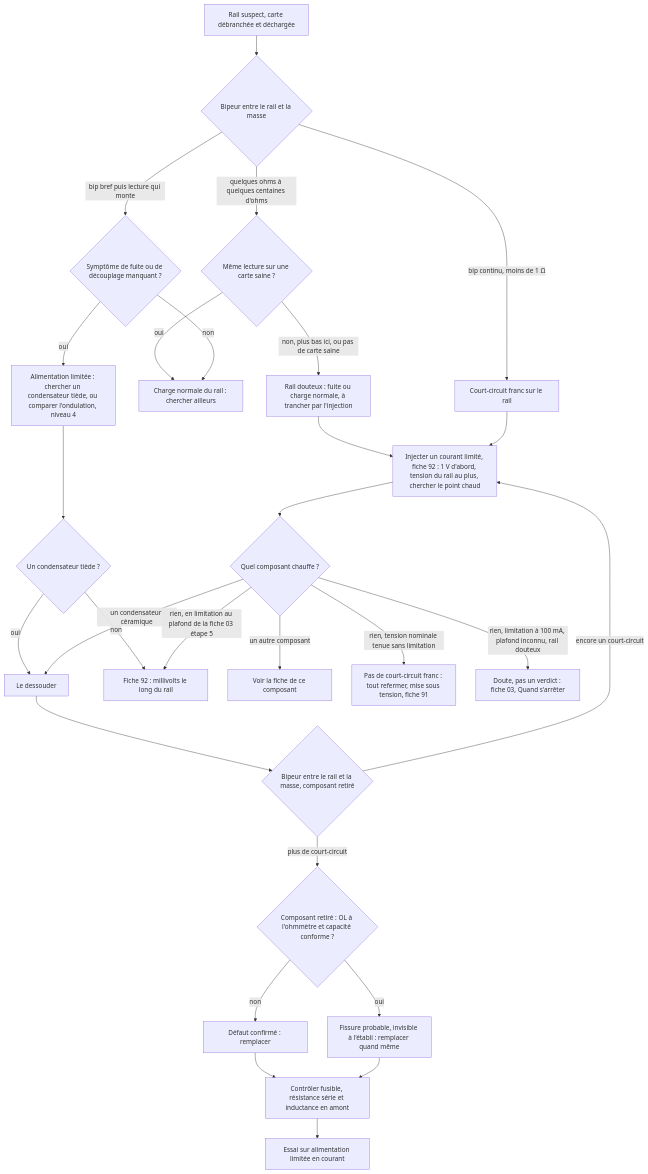
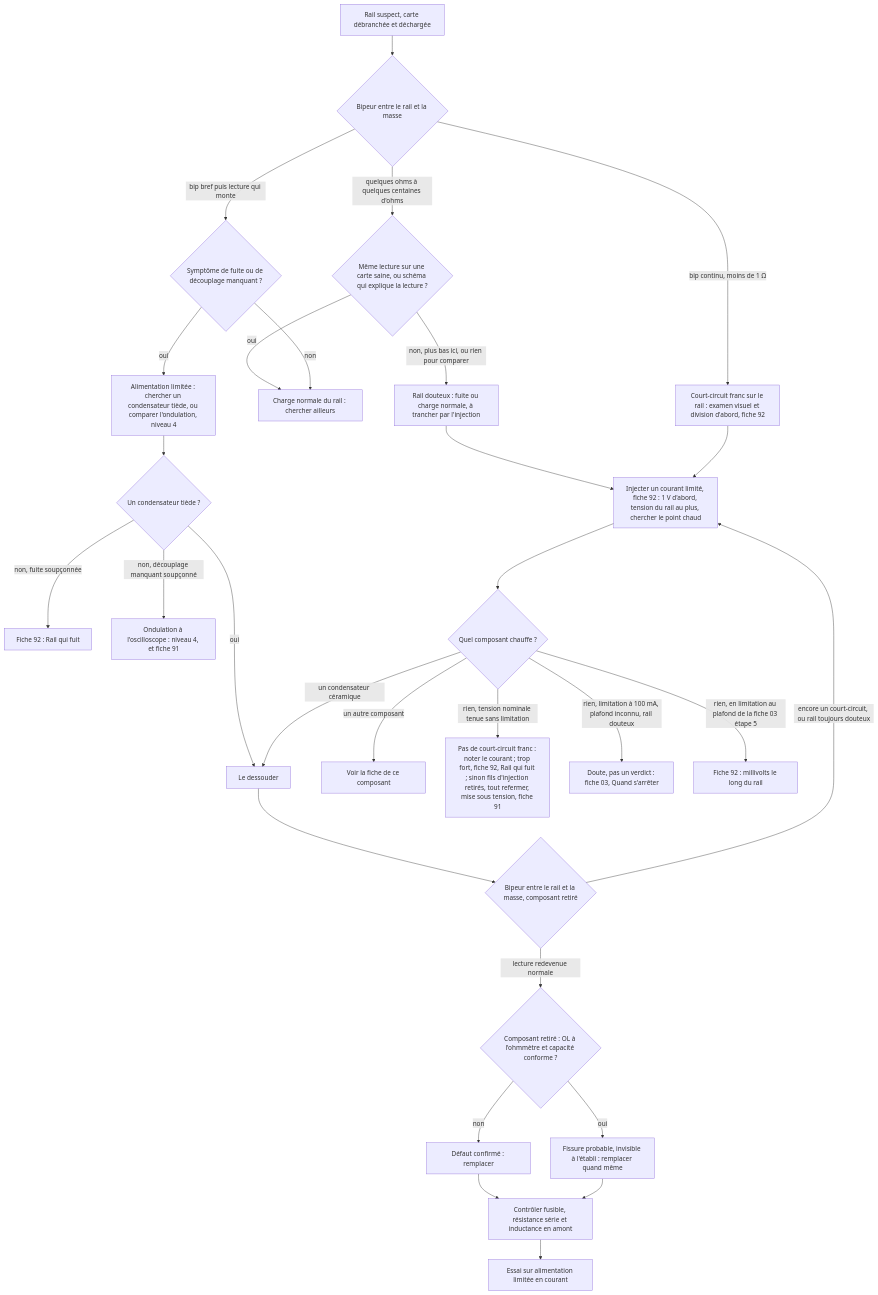
The diagram in troubleshooting/20_condensateur_ceramique/README.md (benoit-bremaud/ohm-sweet-ohm), drawn with Mermaid before and after one commit. The commit also changed other lines of this file and 8 other files, not shown here.

````diff
--- a/troubleshooting/20_condensateur_ceramique/README.md
+++ b/troubleshooting/20_condensateur_ceramique/README.md
@@ -166,30 +166,31 @@
 ```mermaid
 flowchart TD
   A[Rail suspect, carte débranchée et déchargée] --> B{Bipeur entre le rail et la masse}
-  B -- bip continu, moins de 1 Ω --> C[Court-circuit franc sur le rail]
-  B -- quelques ohms à quelques centaines d'ohms --> D{Même lecture sur une carte saine ?}
+  B -- bip continu, moins de 1 Ω --> C[Court-circuit franc sur le rail : examen visuel et division d'abord, fiche 92]
+  B -- quelques ohms à quelques centaines d'ohms --> D{Même lecture sur une carte saine, ou schéma qui explique la lecture ?}
   D -- oui --> E[Charge normale du rail : chercher ailleurs]
-  D -- non, plus bas ici, ou pas de carte saine --> C2[Rail douteux : fuite ou charge normale, à trancher par l'injection]
+  D -- non, plus bas ici, ou rien pour comparer --> C2[Rail douteux : fuite ou charge normale, à trancher par l'injection]
   C2 --> H
   B -- bip bref puis lecture qui monte --> F{Symptôme de fuite ou de découplage manquant ?}
   F -- non --> E
   F -- oui --> G[Alimentation limitée : chercher un condensateur tiède, ou comparer l'ondulation, niveau 4]
   G --> G2{Un condensateur tiède ?}
   G2 -- oui --> J
-  G2 -- non --> L
+  G2 -- non, fuite soupçonnée --> ZC[Fiche 92 : Rail qui fuit]
+  G2 -- non, découplage manquant soupçonné --> ZD[Ondulation à l'oscilloscope : niveau 4, et fiche 91]
   C --> H[Injecter un courant limité, fiche 92 : 1 V d'abord, tension du rail au plus, chercher le point chaud]
   H --> I{Quel composant chauffe ?}
   I -- un condensateur céramique --> J[Le dessouder]
   I -- un autre composant --> K[Voir la fiche de ce composant]
-  I -- rien, tension nominale tenue sans limitation --> ZA[Pas de court-circuit franc : tout refermer, mise sous tension, fiche 91]
+  I -- rien, tension nominale tenue sans limitation --> ZA[Pas de court-circuit franc : noter le courant ; trop fort, fiche 92, Rail qui fuit ; sinon fils d'injection retirés, tout refermer, mise sous tension, fiche 91]
   I -- rien, limitation à 100 mA, plafond inconnu, rail douteux --> ZB[Doute, pas un verdict : fiche 03, Quand s'arrêter]
   I -- rien, en limitation au plafond de la fiche 03 étape 5 --> L[Fiche 92 : millivolts le long du rail]
   J --> M{Bipeur entre le rail et la masse, composant retiré}
-  M -- encore un court-circuit --> H
-  M -- plus de court-circuit --> N{Composant retiré : OL à l'ohmmètre et capacité conforme ?}
+  M -- encore un court-circuit, ou rail toujours douteux --> H
+  M -- lecture redevenue normale --> N{Composant retiré : OL à l'ohmmètre et capacité conforme ?}
   N -- non --> O[Défaut confirmé : remplacer]
   N -- oui --> P[Fissure probable, invisible à l'établi : remplacer quand même]
   O --> Q[Contrôler fusible, résistance série et inductance en amont]
   P --> Q
   Q --> R[Essai sur alimentation limitée en courant]
 ```
````
